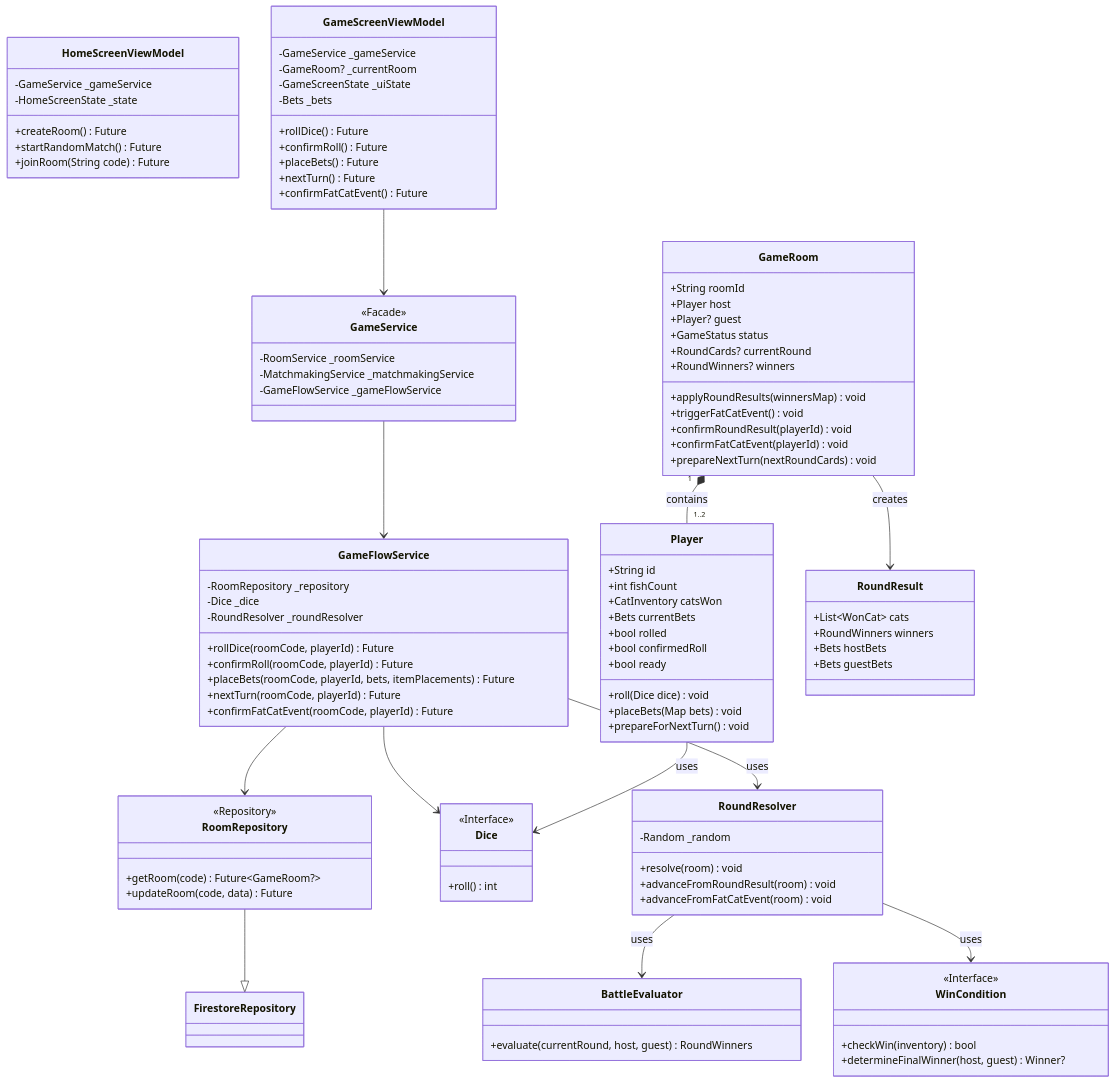
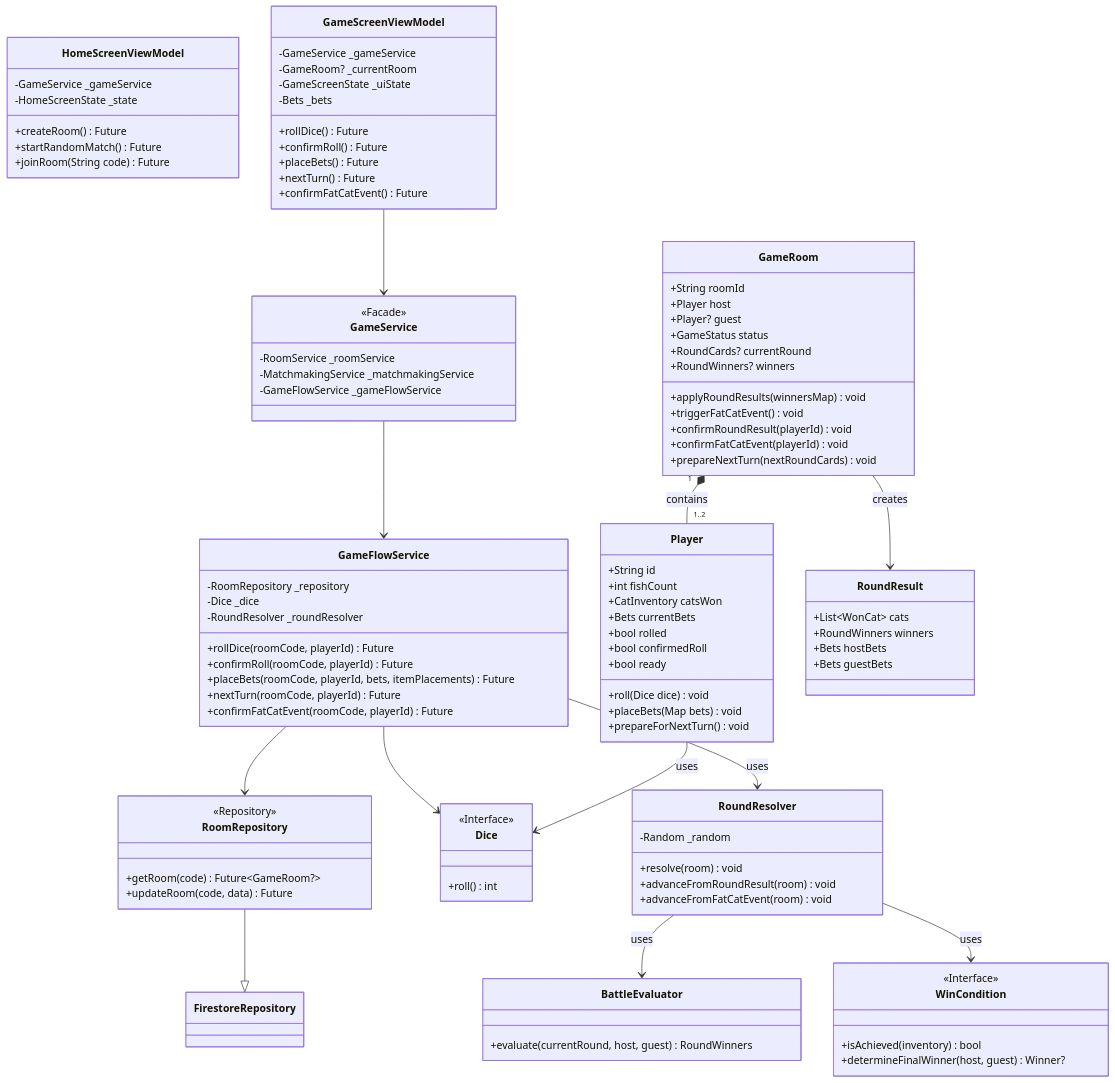
Before and after one commit to YotaMomose/battle_for_the_cats_: the first of 4 diagrams in docs/architecture/04_class_diagram.md, drawn with Mermaid. The commit also changed 9 other files, not shown here.

```diff
--- a/docs/architecture/04_class_diagram.md
+++ b/docs/architecture/04_class_diagram.md
@@ -60,7 +60,7 @@
     
     class WinCondition {
         <<Interface>>
-        +checkWin(inventory) bool
+        +isAchieved(inventory) bool
         +determineFinalWinner(host, guest) Winner?
     }
     
```
